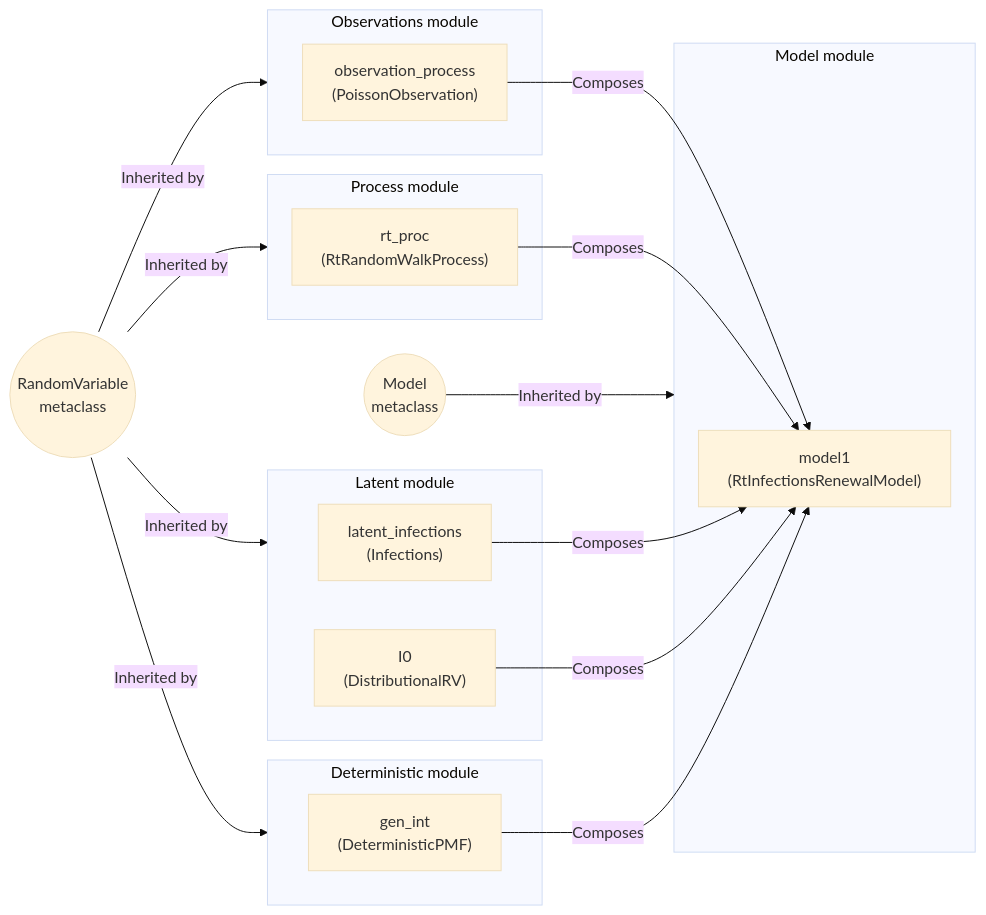
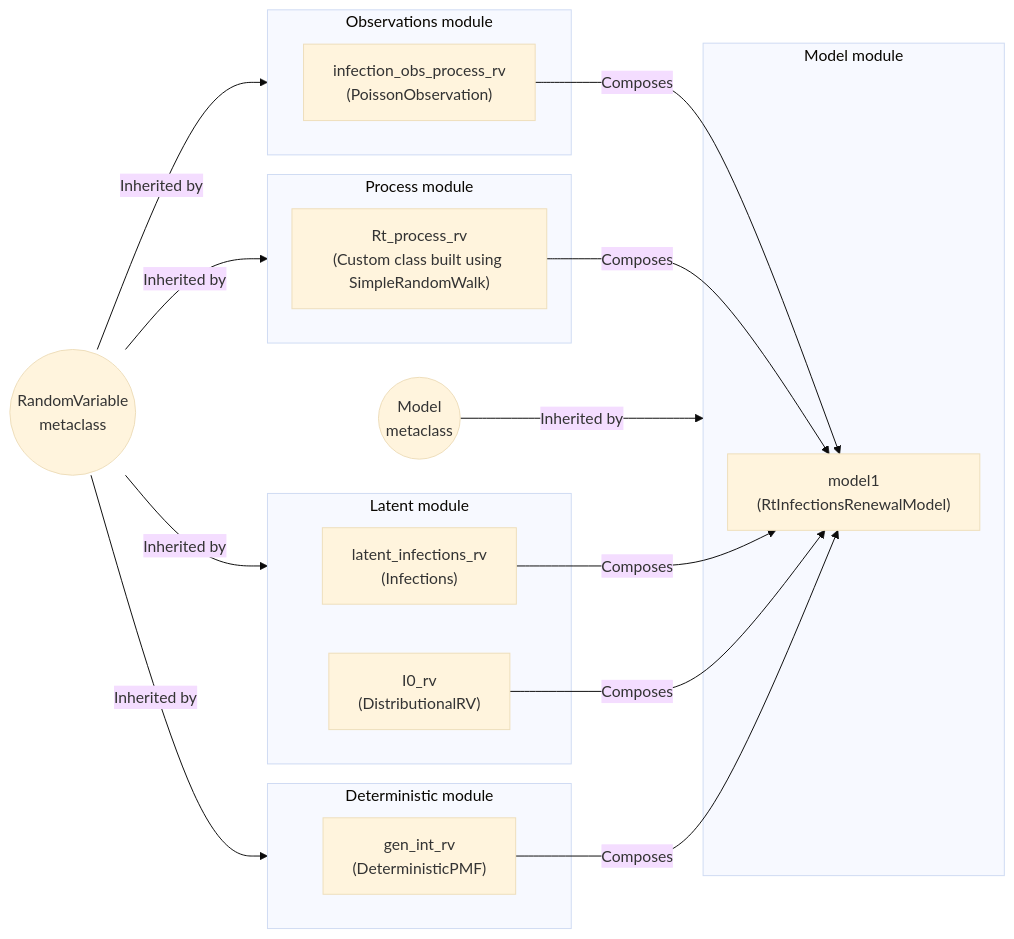
One commit to CDCgov/PyRenew changed the first of 2 diagrams in docs/source/tutorials/basic_renewal_model.qmd. Above: the diagram before and after it, drawn with Mermaid (base theme). The commit also changed other lines of this file and 18 other files, not shown here.

Commit message:
188 random walk refactor (#275)

````diff
--- a/docs/source/tutorials/basic_renewal_model.qmd
+++ b/docs/source/tutorials/basic_renewal_model.qmd
@@ -46,40 +51,40 @@
 ```mermaid
 %%| label: overview-of-RtInfectionsRenewalModel
 %%| include: true
 flowchart LR
     rand((RandomVariable\nmetaclass))
     models((Model\nmetaclass))
 
     subgraph observations[Observations module]
-        obs["observation_process\n(PoissonObservation)"]
+        obs["infection_obs_process_rv\n(PoissonObservation)"]
     end
 
     subgraph latent[Latent module]
-        inf["latent_infections\n(Infections)"]
-        i0["I0\n(DistributionalRV)"]
+        inf["latent_infections_rv\n(Infections)"]
+        i0["I0_rv\n(DistributionalRV)"]
     end
 
     subgraph process[Process module]
-        rt["rt_proc\n(RtRandomWalkProcess)"]
+        rt["Rt_process_rv\n(Custom class built using SimpleRandomWalk)"]
     end
 
     subgraph deterministic[Deterministic module]
-        detpmf["gen_int\n(DeterministicPMF)"]
+        detpmf["gen_int_rv\n(DeterministicPMF)"]
     end
 
     subgraph model[Model module]
         model1["model1\n(RtInfectionsRenewalModel)"]
     end
 
     rand-->|Inherited by|observations
     rand-->|Inherited by|process
     rand-->|Inherited by|latent
     rand-->|Inherited by|deterministic
     models-->|Inherited by|model
 
     detpmf-->|Composes|model1
     i0-->|Composes|model1
     rt-->|Composes|model1
     obs-->|Composes|model1
     inf-->|Composes|model1
 ```
````
